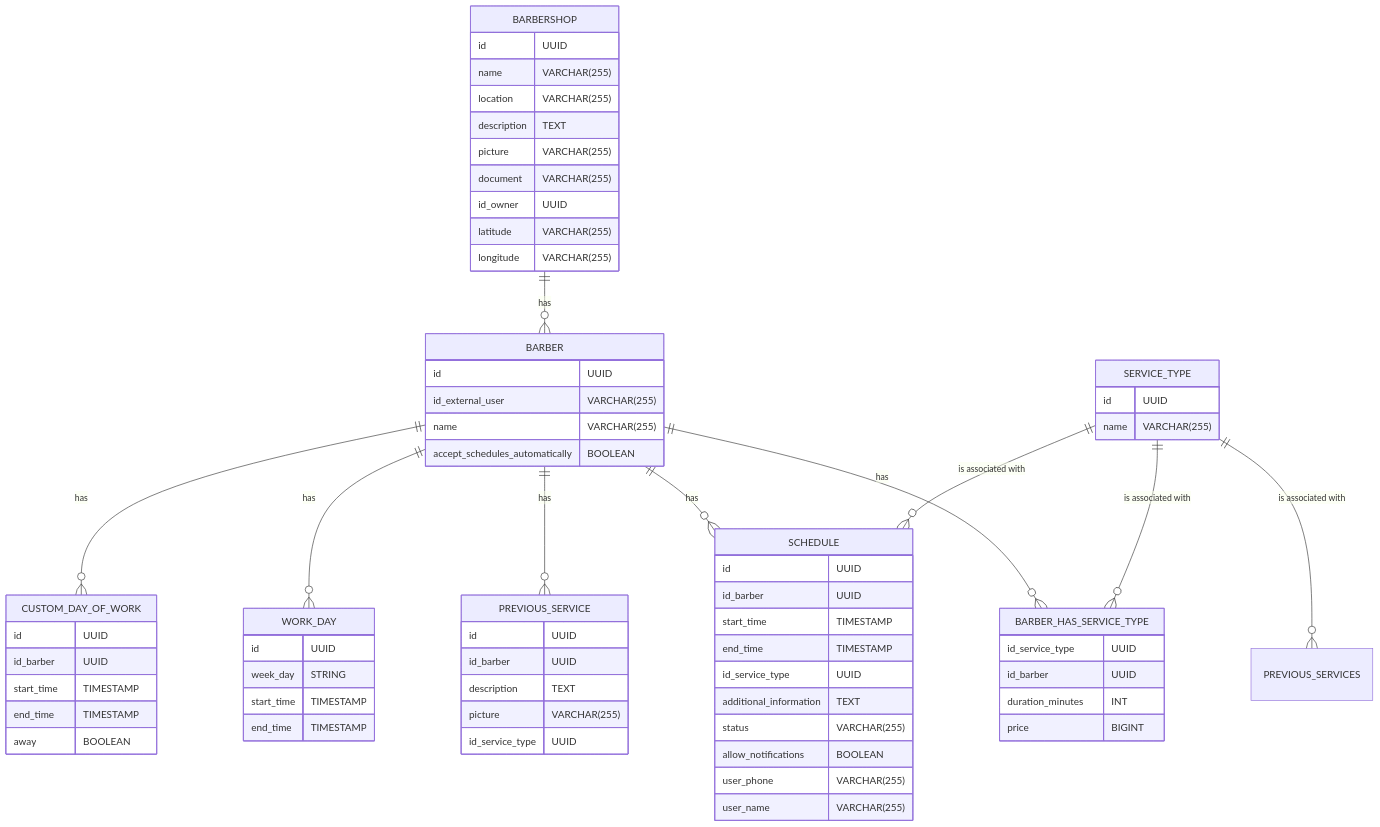
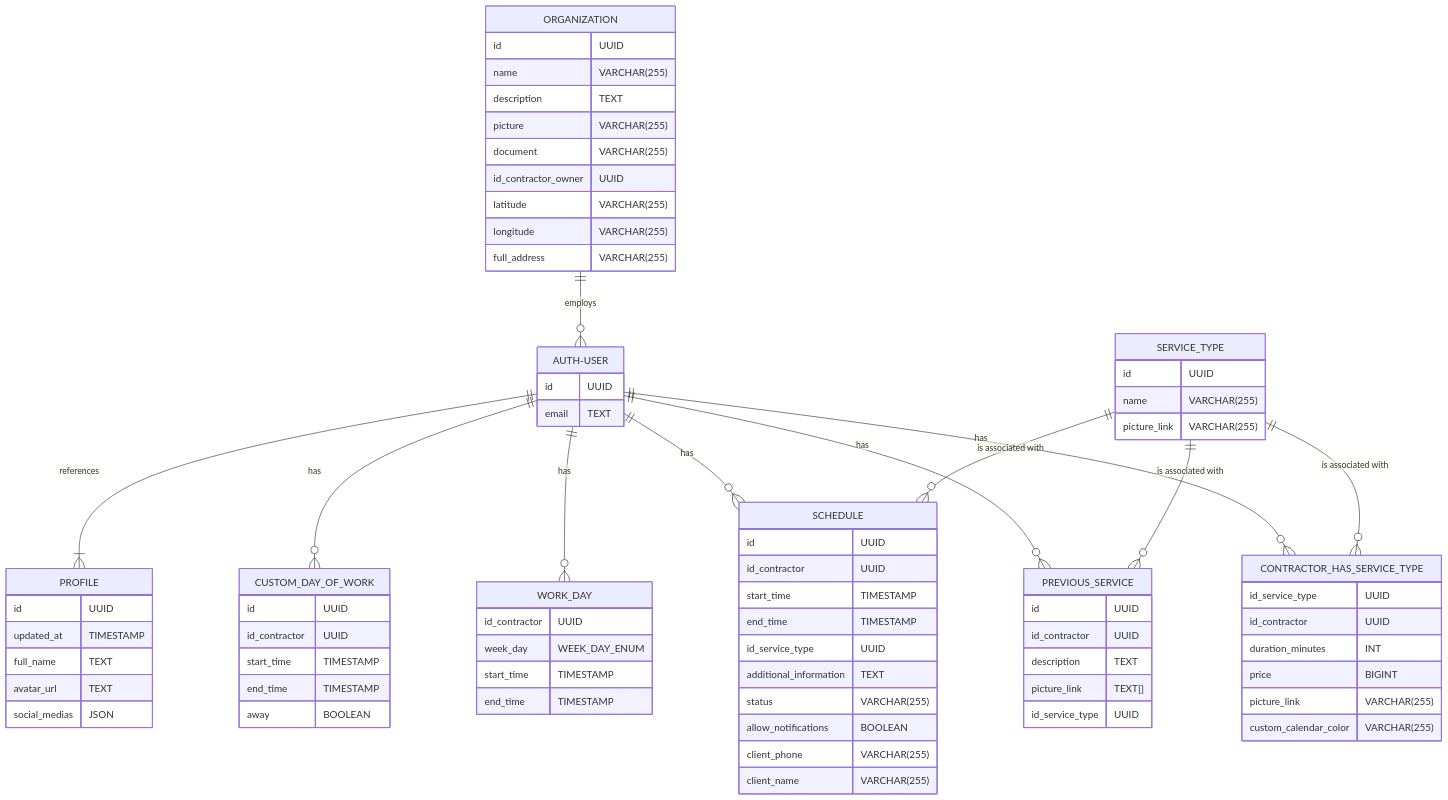
One commit to joaojhgs/saas-template changed the diagram in README.md. Above: the diagram before and after it, drawn with Mermaid. The commit also changed 2 other files, not shown here.

Commit message:
chore: update tables and readme

````diff
--- a/README.md
+++ b/README.md
@@ -44,72 +44,81 @@
 ```mermaid
 erDiagram
-    BARBER {
+    AUTH-USER {
         id UUID
-        id_external_user VARCHAR(255)
-        name VARCHAR(255)
-        accept_schedules_automatically BOOLEAN
+        email TEXT
     }
-    BARBERSHOP {
+    PROFILE {
+        id UUID
+        updated_at TIMESTAMP
+        full_name TEXT
+        avatar_url TEXT
+        social_medias JSON
+    }
+    ORGANIZATION {
         id UUID
         name VARCHAR(255)
-        location VARCHAR(255)
         description TEXT
         picture VARCHAR(255)
         document VARCHAR(255)
-        id_owner UUID
+        id_contractor_owner UUID
         latitude VARCHAR(255)
         longitude VARCHAR(255)
+        full_address VARCHAR(255)
     }
     PREVIOUS_SERVICE {
         id UUID
-        id_barber UUID
+        id_contractor UUID
         description TEXT
-        picture VARCHAR(255)
+        picture_link TEXT[]
         id_service_type UUID
     }
     SERVICE_TYPE {
         id UUID
         name VARCHAR(255)
+        picture_link VARCHAR(255)
     }
-    BARBER_HAS_SERVICE_TYPE {
+    CONTRACTOR_HAS_SERVICE_TYPE {
         id_service_type UUID
-        id_barber UUID
+        id_contractor UUID
         duration_minutes INT
         price BIGINT
+        picture_link VARCHAR(255)
+        custom_calendar_color VARCHAR(255)
     }
     SCHEDULE {
         id UUID
-        id_barber UUID
+        id_contractor UUID
         start_time TIMESTAMP
         end_time TIMESTAMP
         id_service_type UUID
         additional_information TEXT
         status VARCHAR(255)
         allow_notifications BOOLEAN
-        user_phone VARCHAR(255)
-        user_name VARCHAR(255)
+        client_phone VARCHAR(255)
+        client_name VARCHAR(255)
     }
     WORK_DAY {
-        id UUID
-        week_day STRING
+        id_contractor UUID
+        week_day WEEK_DAY_ENUM
         start_time TIMESTAMP
         end_time TIMESTAMP
     }
     CUSTOM_DAY_OF_WORK {
         id UUID
-        id_barber UUID
+        id_contractor UUID
         start_time TIMESTAMP
         end_time TIMESTAMP
         away BOOLEAN
     }
     
-    BARBER ||--o{ BARBER_HAS_SERVICE_TYPE : "has"
-    BARBER ||--o{ SCHEDULE : "has"
-    BARBER ||--o{ PREVIOUS_SERVICE : "has"
-    BARBERSHOP ||--o{ BARBER : "has"
-    SERVICE_TYPE ||--o{ BARBER_HAS_SERVICE_TYPE : "is associated with"
-    SERVICE_TYPE ||--o{ PREVIOUS_SERVICES : "is associated with"
+    AUTH-USER ||--o{ CONTRACTOR_HAS_SERVICE_TYPE : "has"
+    AUTH-USER ||--o{ SCHEDULE : "has"
+    AUTH-USER ||--o{ PREVIOUS_SERVICE : "has"
+    ORGANIZATION ||--o{ AUTH-USER : "employs"
+    SERVICE_TYPE ||--o{ CONTRACTOR_HAS_SERVICE_TYPE : "is associated with"
+    SERVICE_TYPE ||--o{ PREVIOUS_SERVICE : "is associated with"
     SERVICE_TYPE ||--o{ SCHEDULE : "is associated with"
-    BARBER ||--o{ WORK_DAY : "has"
-    BARBER ||--o{ CUSTOM_DAY_OF_WORK : "has"
+    AUTH-USER ||--o{ WORK_DAY : "has"
+    AUTH-USER ||--o{ CUSTOM_DAY_OF_WORK : "has"
+    AUTH-USER ||--|{ PROFILE : "references"
 ```
````
